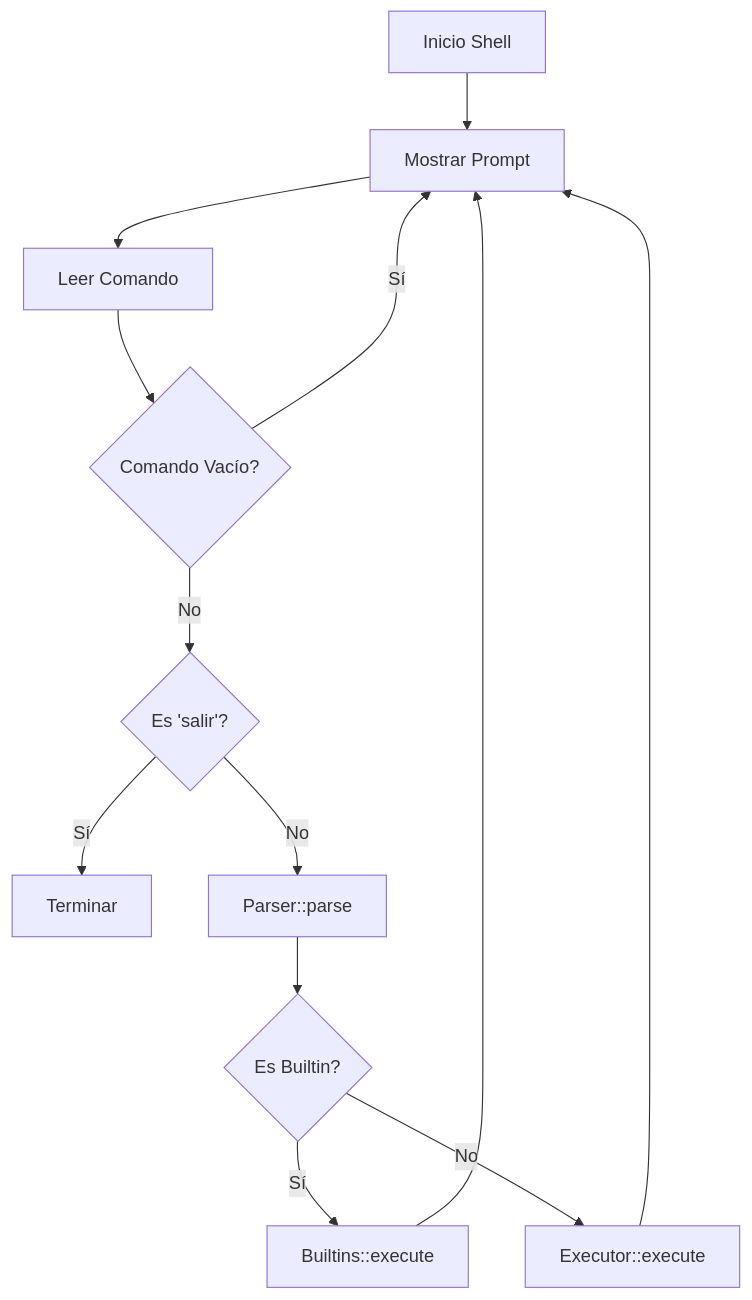
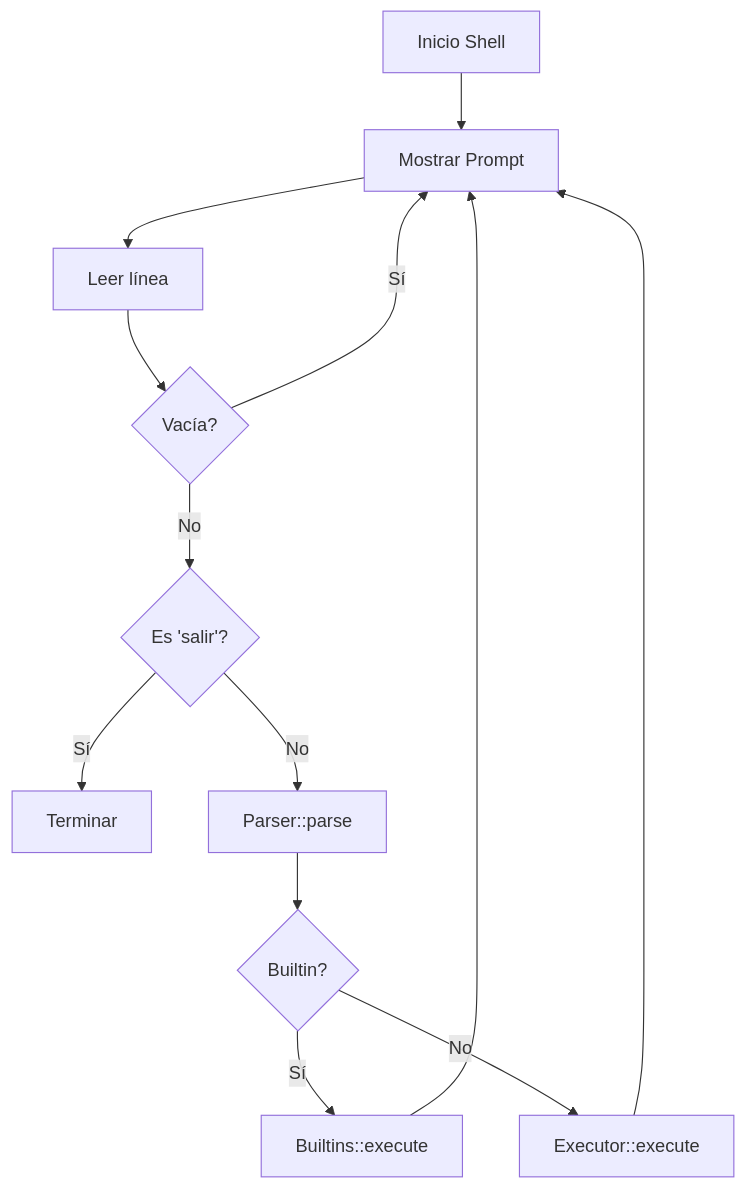
Before and after one commit to Tazuto/proyecto-SO: the diagram in README.md, drawn with Mermaid. The commit also changed other lines of this file, not shown here.

````diff
--- a/README.md
+++ b/README.md
@@ -73,15 +73,15 @@
 ```mermaid
 graph TD
     A[Inicio Shell] --> B[Mostrar Prompt]
-    B --> C[Leer Comando]
-    C --> D{Comando Vacío?}
+    B --> C[Leer línea]
+    C --> D{Vacía?}
     D -->|Sí| B
     D -->|No| E{Es 'salir'?}
     E -->|Sí| F[Terminar]
     E -->|No| G[Parser::parse]
-    G --> H{Es Builtin?}
+    G --> H{Builtin?}
     H -->|Sí| I[Builtins::execute]
     H -->|No| J[Executor::execute]
     I --> B
     J --> B
 ```
````
